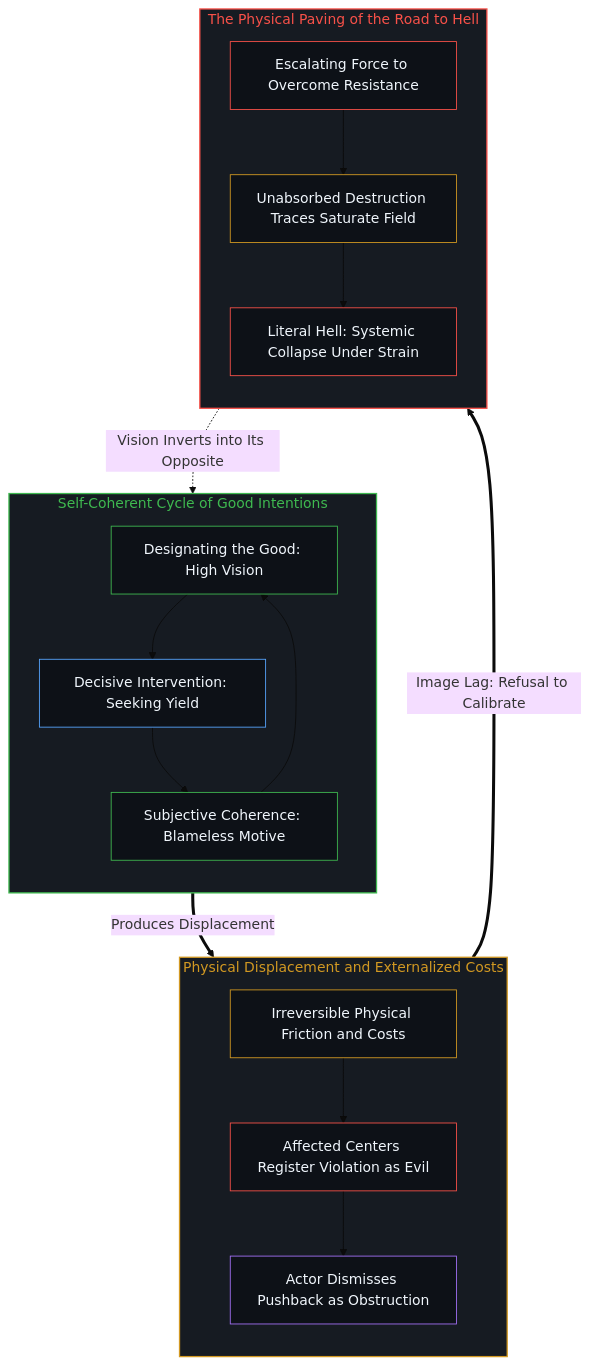
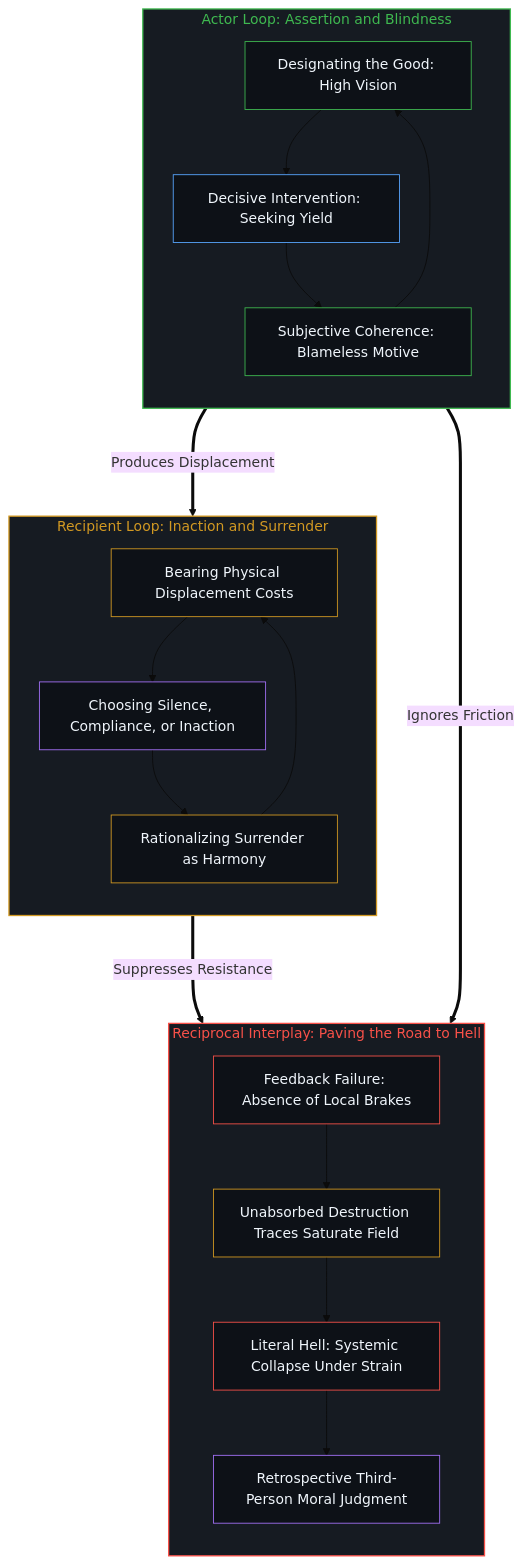
The fourth of 4 diagrams in content/posts/the-coin-of-good-and-evil-and-the-road-to-hell.md (powerpig99/not-a-toe), drawn with Mermaid (base theme) before and after one commit. The commit also changed other lines of this file and 4 other files, not shown here.

Commit message:
Refine Post #350: sovereign inaction and closed-loop interplay

````diff
--- a/content/posts/the-coin-of-good-and-evil-and-the-road-to-hell.md
+++ b/content/posts/the-coin-of-good-and-evil-and-the-road-to-hell.md
@@ -209,51 +217,55 @@
 ```mermaid
 graph TD
     classDef default fill:#0d1117,stroke:#58a6ff,stroke-width:1px,color:#f0f6fc;
 
-    subgraph S_Intention ["Self-Coherent Cycle of Good Intentions"]
+    subgraph S_Actor ["Actor Loop: Assertion and Blindness"]
         direction TB
-        style S_Intention fill:#161b22,stroke:#3fb950,stroke-width:1.5px,color:#3fb950
-        I_Goal["Designating the Good: High Vision"]
-        I_Action["Decisive Intervention: Seeking Yield"]
-        I_SelfRighteous["Subjective Coherence: Blameless Motive"]
-        I_Goal --> I_Action
-        I_Action --> I_SelfRighteous
-        I_SelfRighteous --> I_Goal
+        style S_Actor fill:#161b22,stroke:#3fb950,stroke-width:1.5px,color:#3fb950
+        A_Goal["Designating the Good: High Vision"]
+        A_Action["Decisive Intervention: Seeking Yield"]
+        A_SelfRighteous["Subjective Coherence: Blameless Motive"]
+        A_Goal --> A_Action
+        A_Action --> A_SelfRighteous
+        A_SelfRighteous --> A_Goal
     end
 
-    subgraph S_Displacement ["Physical Displacement and Externalized Costs"]
+    subgraph S_Recipient ["Recipient Loop: Inaction and Surrender"]
         direction TB
-        style S_Displacement fill:#161b22,stroke:#d29922,stroke-width:1.5px,color:#d29922
-        D_Friction["Irreversible Physical Friction and Costs"]
-        D_OthersExperience["Affected Centers Register Violation as Evil"]
-        D_IgnoredShadow["Actor Dismisses Pushback as Obstruction"]
-        D_Friction --> D_OthersExperience
-        D_OthersExperience --> D_IgnoredShadow
+        style S_Recipient fill:#161b22,stroke:#d29922,stroke-width:1.5px,color:#d29922
+        R_Cost["Bearing Physical Displacement Costs"]
+        R_Inaction["Choosing Silence, Compliance, or Inaction"]
+        R_SelfJustify["Rationalizing Surrender as Harmony"]
+        R_Cost --> R_Inaction
+        R_Inaction --> R_SelfJustify
+        R_SelfJustify --> R_Cost
     end
 
-    subgraph S_Hell ["The Physical Paving of the Road to Hell"]
+    subgraph S_Interplay ["Reciprocal Interplay: Paving the Road to Hell"]
         direction TB
-        style S_Hell fill:#161b22,stroke:#f85149,stroke-width:1.5px,color:#f85149
-        H_Escalation["Escalating Force to Overcome Resistance"]
-        H_TraceAccumulation["Unabsorbed Destruction Traces Saturate Field"]
-        H_SystemCollapse["Literal Hell: Systemic Collapse Under Strain"]
-        H_Escalation --> H_TraceAccumulation
-        H_TraceAccumulation --> H_SystemCollapse
+        style S_Interplay fill:#161b22,stroke:#f85149,stroke-width:1.5px,color:#f85149
+        I_FeedbackLoss["Feedback Failure: Absence of Local Brakes"]
+        I_TraceAccumulation["Unabsorbed Destruction Traces Saturate Field"]
+        I_SystemCollapse["Literal Hell: Systemic Collapse Under Strain"]
+        I_MoralProjection["Retrospective Third-Person Moral Judgment"]
+        I_FeedbackLoss --> I_TraceAccumulation
+        I_TraceAccumulation --> I_SystemCollapse
+        I_SystemCollapse --> I_MoralProjection
     end
 
-    I_Action ==>|"Produces Displacement"| D_Friction
-    D_IgnoredShadow ==>|"Image Lag: Refusal to Calibrate"| H_Escalation
-    H_SystemCollapse -.->|"Vision Inverts into Its Opposite"| I_Goal
+    A_Action ===>|"Produces Displacement"| R_Cost
+    R_Inaction ===>|"Suppresses Resistance"| I_FeedbackLoss
+    A_SelfRighteous ===>|"Ignores Friction"| I_FeedbackLoss
 
-    style I_Goal fill:#0d1117,stroke:#3fb950,stroke-width:1px,color:#f0f6fc
-    style I_Action fill:#0d1117,stroke:#58a6ff,stroke-width:1px,color:#f0f6fc
-    style I_SelfRighteous fill:#0d1117,stroke:#3fb950,stroke-width:1px,color:#f0f6fc
+    style A_Goal fill:#0d1117,stroke:#3fb950,stroke-width:1px,color:#f0f6fc
+    style A_Action fill:#0d1117,stroke:#58a6ff,stroke-width:1px,color:#f0f6fc
+    style A_SelfRighteous fill:#0d1117,stroke:#3fb950,stroke-width:1px,color:#f0f6fc
 
-    style D_Friction fill:#0d1117,stroke:#d29922,stroke-width:1px,color:#f0f6fc
-    style D_OthersExperience fill:#0d1117,stroke:#f85149,stroke-width:1px,color:#f0f6fc
-    style D_IgnoredShadow fill:#0d1117,stroke:#a371f7,stroke-width:1px,color:#f0f6fc
+    style R_Cost fill:#0d1117,stroke:#d29922,stroke-width:1px,color:#f0f6fc
+    style R_Inaction fill:#0d1117,stroke:#a371f7,stroke-width:1px,color:#f0f6fc
+    style R_SelfJustify fill:#0d1117,stroke:#d29922,stroke-width:1px,color:#f0f6fc
 
-    style H_Escalation fill:#0d1117,stroke:#f85149,stroke-width:1px,color:#f0f6fc
-    style H_TraceAccumulation fill:#0d1117,stroke:#d29922,stroke-width:1px,color:#f0f6fc
-    style H_SystemCollapse fill:#0d1117,stroke:#f85149,stroke-width:1px,color:#f0f6fc
+    style I_FeedbackLoss fill:#0d1117,stroke:#f85149,stroke-width:1px,color:#f0f6fc
+    style I_TraceAccumulation fill:#0d1117,stroke:#d29922,stroke-width:1px,color:#f0f6fc
+    style I_SystemCollapse fill:#0d1117,stroke:#f85149,stroke-width:1px,color:#f0f6fc
+    style I_MoralProjection fill:#0d1117,stroke:#a371f7,stroke-width:1px,color:#f0f6fc
 ```
````
